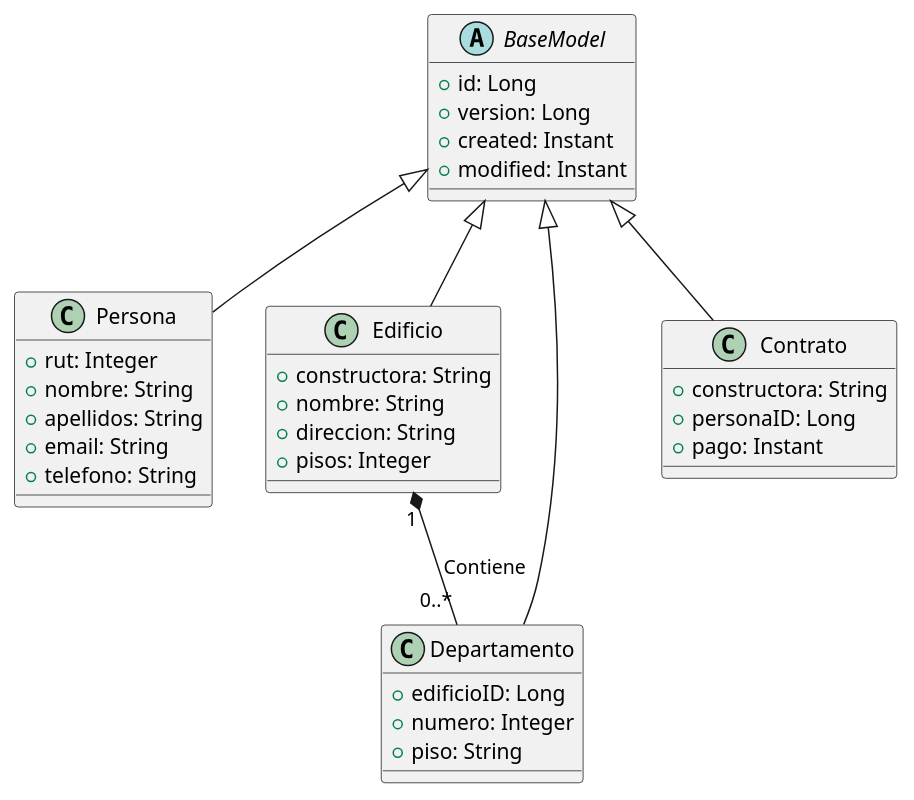
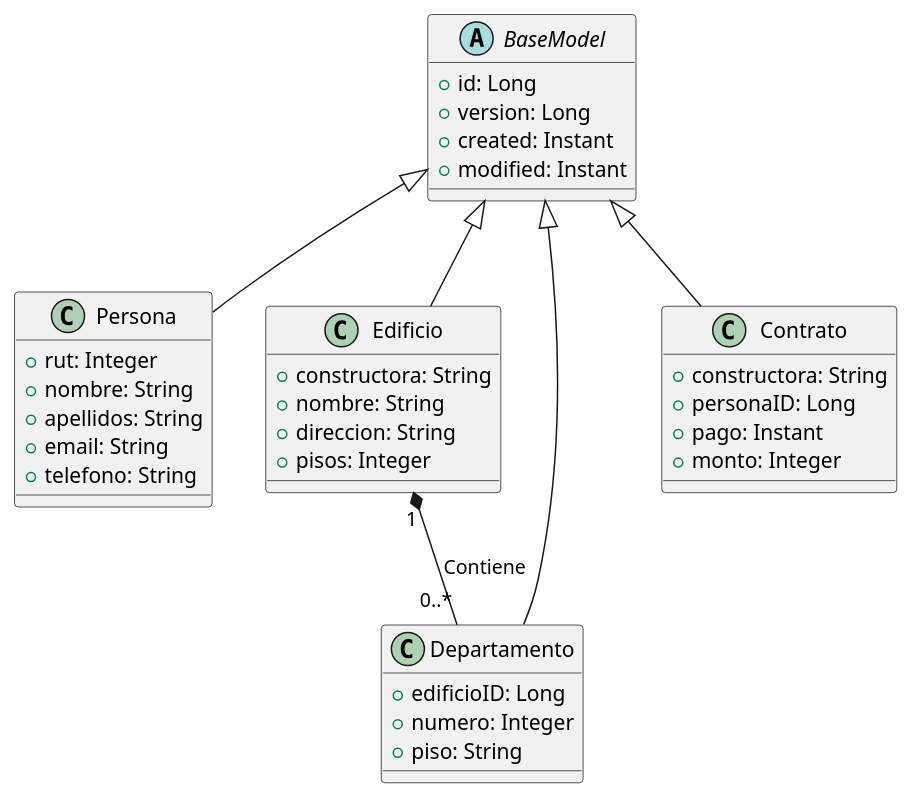
Before and after one commit to mizook/conserjeria_as: the diagram in src/main/java/cl/ucn/disc/as/mdd.puml, drawn with PlantUML. The commit also changed 89 other files, not shown here.

```diff
--- a/src/main/java/cl/ucn/disc/as/mdd.puml
+++ b/src/main/java/cl/ucn/disc/as/mdd.puml
@@ -1,44 +1,45 @@
 @startuml
 
 abstract class BaseModel {
   + id: Long
   + version: Long
   + created: Instant
   + modified: Instant
 }
 
 class Persona {
   + rut: Integer
   + nombre: String
   + apellidos: String
   + email: String
   + telefono: String
 }
 
 class Edificio {
   + constructora: String
   + nombre: String
   + direccion: String
   + pisos: Integer
 }
 
 class Departamento {
   + edificioID: Long
   + numero: Integer
   + piso: String
 }
 
 class Contrato {
   + constructora: String
   + personaID: Long
   + pago: Instant
+  + monto: Integer
 }
 
 BaseModel <|-- Persona
 BaseModel <|-- Edificio
 BaseModel <|-- Departamento
 BaseModel <|-- Contrato
 
 Edificio "1" *-- "0..*" Departamento : Contiene
 
 @enduml
```
